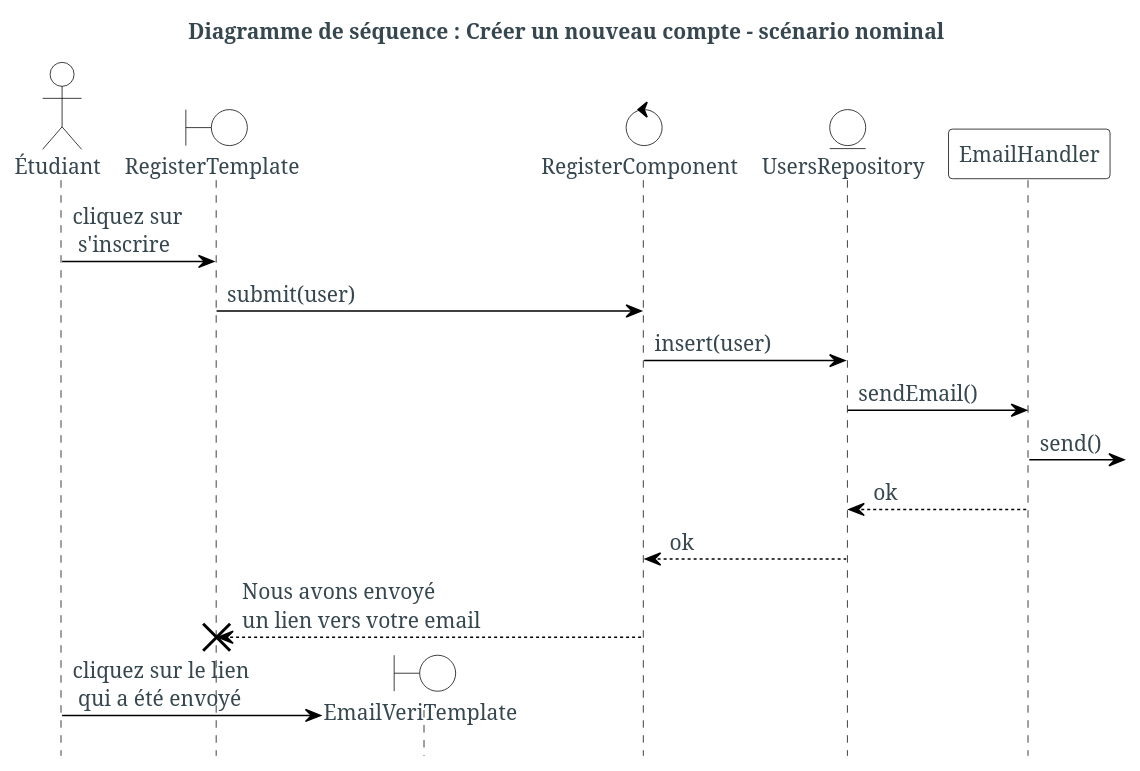
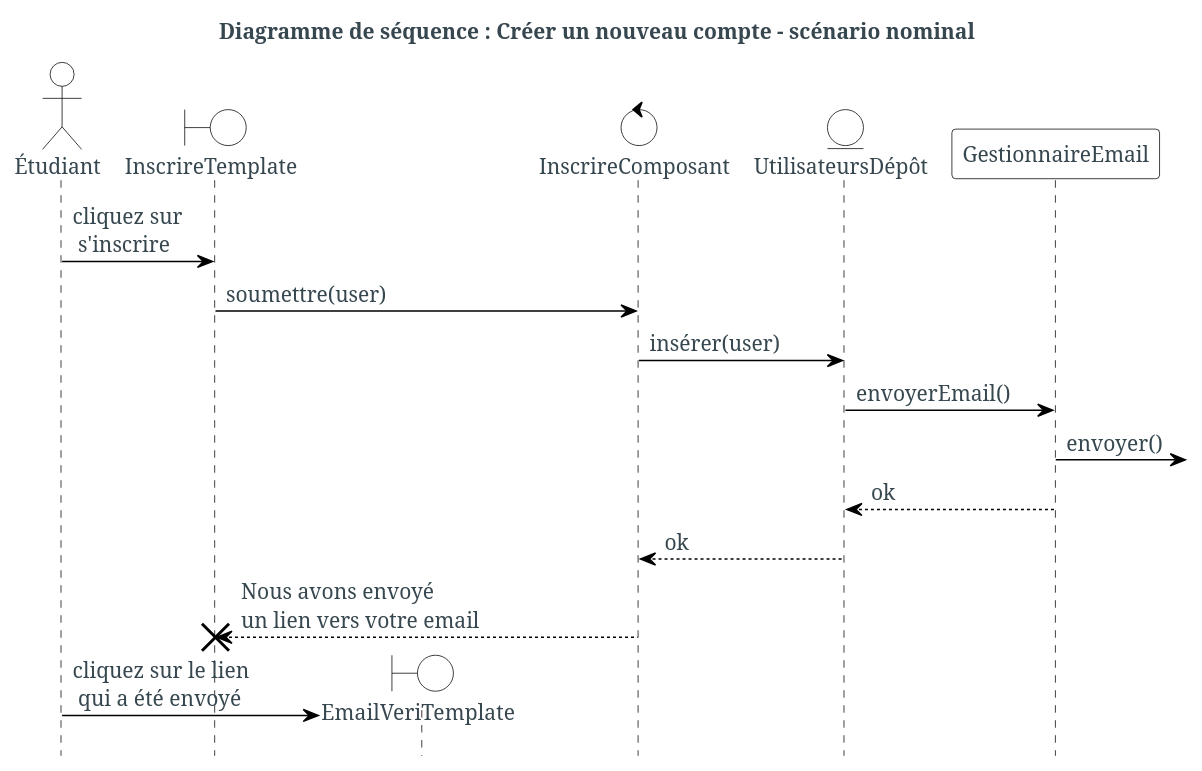
Before and after one commit to assimhabeek/memoire: the diagram in diagrammes/src/sequences/register.puml, drawn with PlantUML. The commit also changed 16 other files, not shown here.

```diff
--- a/diagrammes/src/sequences/register.puml
+++ b/diagrammes/src/sequences/register.puml
@@ -1,48 +1,48 @@
 @startuml
 skinparam backgroundColor #fff
 skinparam defaultFontColor #37474f
 skinparam defaultFontSize 14
 skinparam defaultFontName serif
 skinparam defaultFontStyle bold
 skinparam actorBackgroundColor #fff
 skinparam actorBorderColor #000
 skinparam boundaryBackgroundColor #fff
 skinparam boundaryBorderColor #000
 skinparam controlBackgroundColor #fff
 skinparam controlBorderColor #000
 skinparam entityBackgroundColor #fff
 skinparam entityBorderColor #000
 skinparam participantBackgroundColor #fff
 skinparam participantBorderColor #000
 skinparam ArrowColor #000
 skinparam sequenceLifeLineBorderColor #000
 skinparam sequenceBoxBorderColor #FFF
 skinparam ParticipantPadding -80
 
 title Diagramme de séquence : Créer un nouveau compte - scénario nominal
 
 hide footbox
 
 
 actor Étudiant as student
 
-boundary RegisterTemplate
+boundary InscrireTemplate
 boundary EmailVeriTemplate
-control RegisterComponent
-entity UsersRepository
-participant EmailHandler
+control InscrireComposant
+entity UtilisateursDépôt
+participant GestionnaireEmail
 
-student ->  RegisterTemplate : cliquez sur\n s'inscrire
-RegisterTemplate -> RegisterComponent : submit(user)
-RegisterComponent -> UsersRepository : insert(user)
-UsersRepository -> EmailHandler: sendEmail()
-EmailHandler ->]: send()
-EmailHandler --> UsersRepository : ok
-UsersRepository --> RegisterComponent :ok
-RegisterComponent--> RegisterTemplate :Nous avons envoyé\nun lien vers votre email
-destroy RegisterTemplate
+student ->  InscrireTemplate : cliquez sur\n s'inscrire
+InscrireTemplate -> InscrireComposant : soumettre(user)
+InscrireComposant -> UtilisateursDépôt : insérer(user)
+UtilisateursDépôt -> GestionnaireEmail: envoyerEmail()
+GestionnaireEmail ->]: envoyer()
+GestionnaireEmail --> UtilisateursDépôt : ok
+UtilisateursDépôt --> InscrireComposant :ok
+InscrireComposant--> InscrireTemplate :Nous avons envoyé\nun lien vers votre email
+destroy InscrireTemplate
 
 create EmailVeriTemplate
 student -> EmailVeriTemplate:cliquez sur le lien\n qui a été envoyé
 
 @enduml
```
